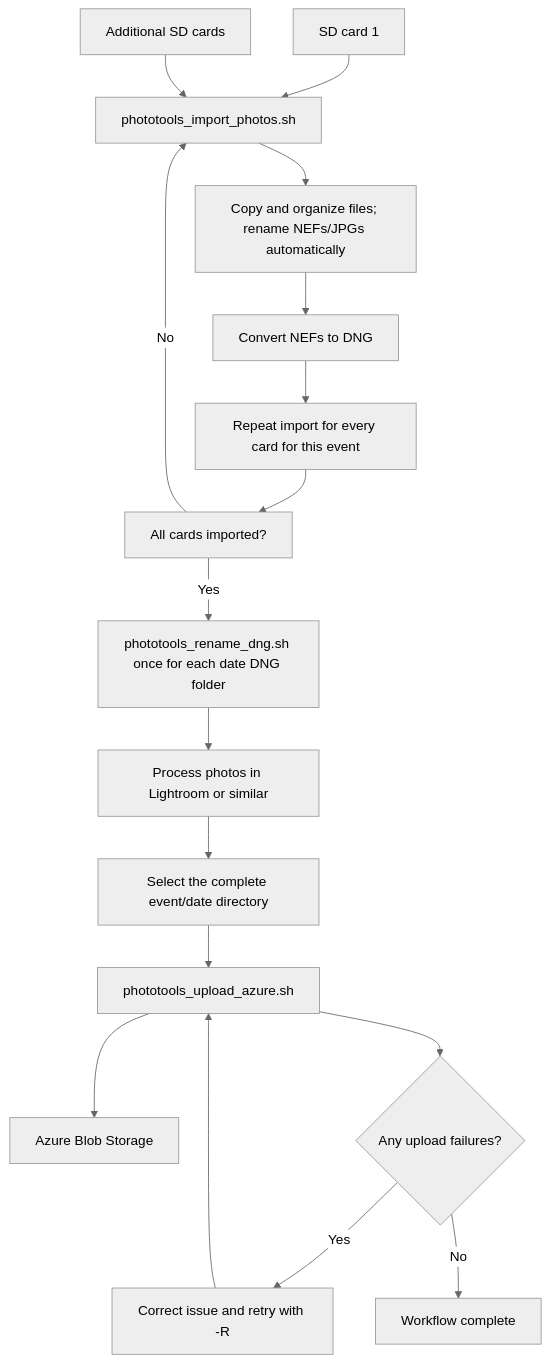
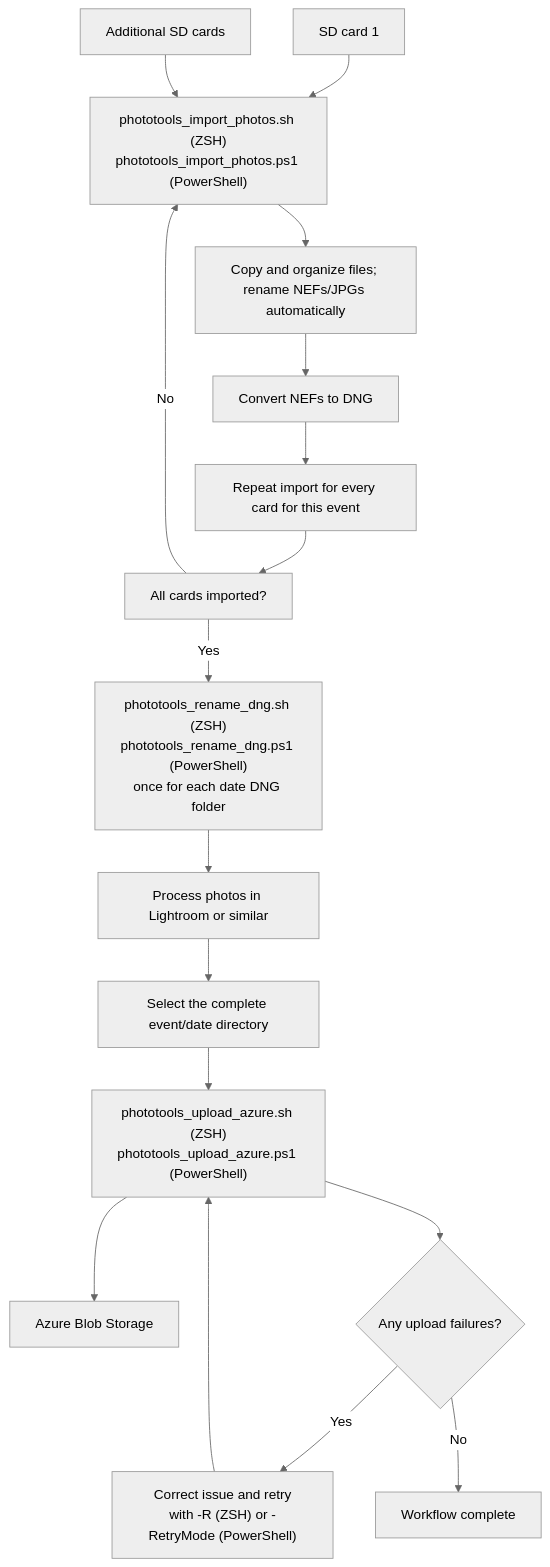
Before and after one commit to rpsedlak/photo-tools: the diagram in README.md, drawn with Mermaid (neutral theme). The commit also changed other lines of this file, not shown here.

Commit message:
Update README for PowerShell versions of all tools and Mermaid diagram

````diff
--- a/README.md
+++ b/README.md
@@ -74,19 +80,19 @@
 ```mermaid
 flowchart TD
-    A[SD card 1] --> B[phototools_import_photos.sh]
+    A[SD card 1] --> B["phototools_import_photos.sh (ZSH)<br/>phototools_import_photos.ps1 (PowerShell)"]
     C[Additional SD cards] --> B
     B --> D[Copy and organize files; rename NEFs/JPGs automatically]
     D --> E[Convert NEFs to DNG]
     E --> F[Repeat import for every card for this event]
     F --> G[All cards imported?]
     G -- No --> B
-    G -- Yes --> H[phototools_rename_dng.sh once for each date DNG folder]
+    G -- Yes --> H["phototools_rename_dng.sh (ZSH)<br/>phototools_rename_dng.ps1 (PowerShell)<br/>once for each date DNG folder"]
     H --> I[Process photos in Lightroom or similar]
     I --> J[Select the complete event/date directory]
-    J --> K[phototools_upload_azure.sh]
+    J --> K["phototools_upload_azure.sh (ZSH)<br/>phototools_upload_azure.ps1 (PowerShell)"]
     K --> L[Azure Blob Storage]
     K --> M{Any upload failures?}
-    M -- Yes --> N[Correct issue and retry with -R]
+    M -- Yes --> N["Correct issue and retry<br/>with -R (ZSH) or -RetryMode (PowerShell)"]
     N --> K
     M -- No --> O[Workflow complete]
 ```
````
